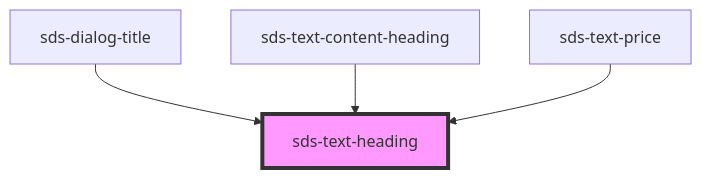
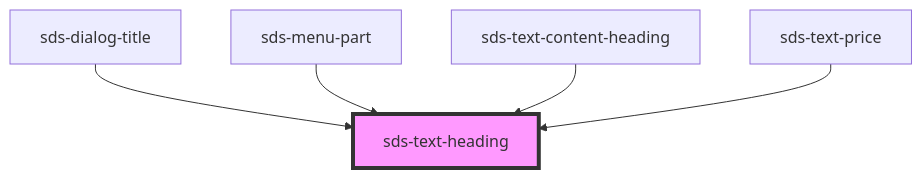
Before and after one commit to chodgesfigma/sds-mono: the diagram in packages/sds-web-components/src/ui/primitives/Text/sds-text-heading/readme.md, drawn with Mermaid. The commit also changed other lines of this file and 24 other files, not shown here.

````diff
--- a/packages/sds-web-components/src/ui/primitives/Text/sds-text-heading/readme.md
+++ b/packages/sds-web-components/src/ui/primitives/Text/sds-text-heading/readme.md
@@ -22,7 +23,8 @@
 ```mermaid
 graph TD;
   sds-dialog-title --> sds-text-heading
+  sds-menu-part --> sds-text-heading
   sds-text-content-heading --> sds-text-heading
   sds-text-price --> sds-text-heading
   style sds-text-heading fill:#f9f,stroke:#333,stroke-width:4px
 ```
````
